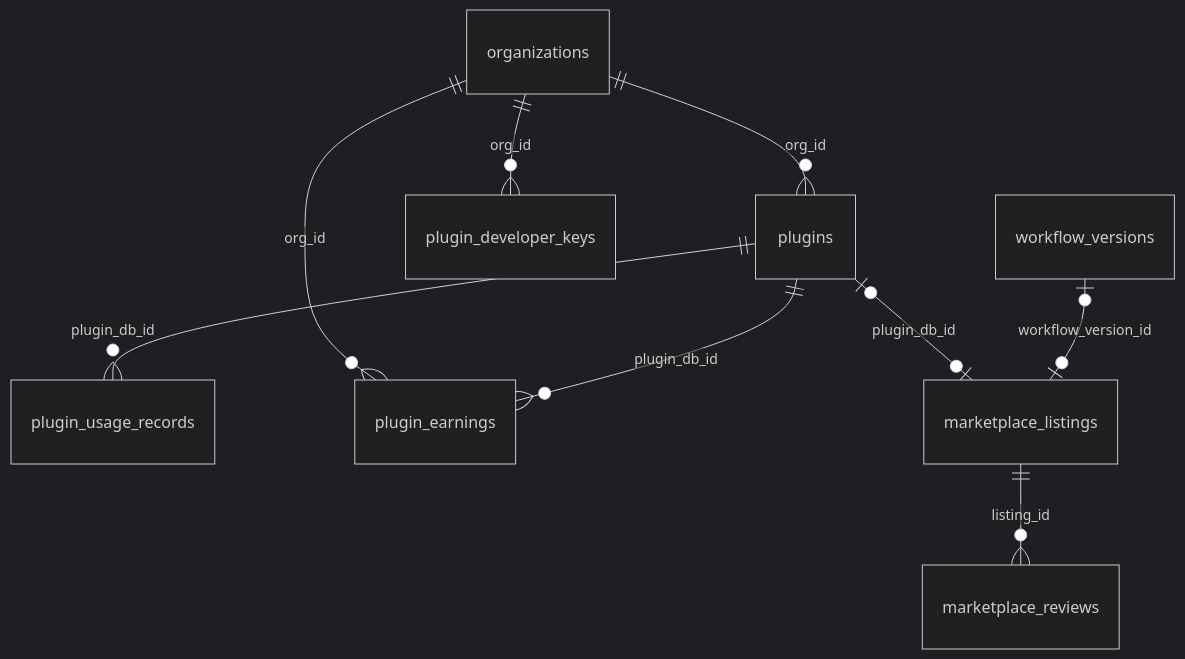
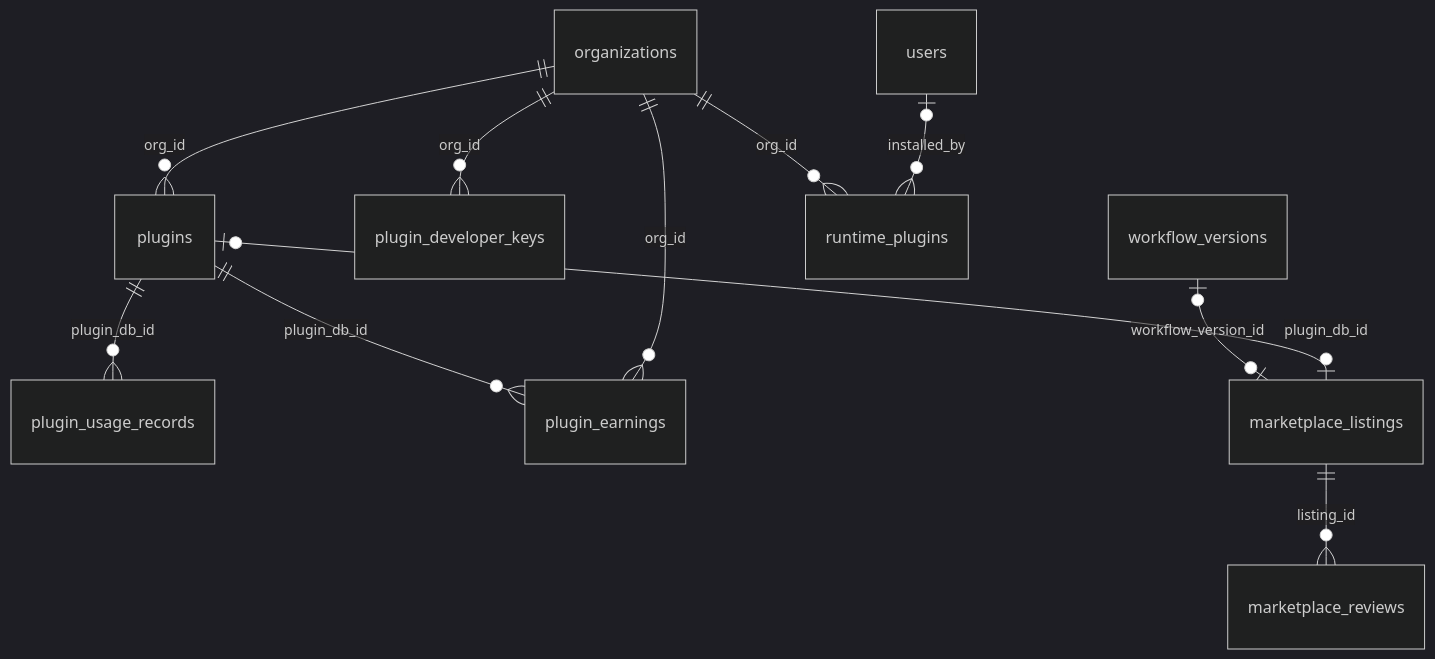
The seventh of 8 diagrams in agentloom-docs/dev/server/database.md (Lynricsy/AgentLoom), drawn with Mermaid (dark theme) before and after one commit. The commit also changed other lines of this file and 32 other files, not shown here.

````diff
--- a/agentloom-docs/dev/server/database.md
+++ b/agentloom-docs/dev/server/database.md
@@ -154,11 +154,13 @@
 ```mermaid
 erDiagram
     organizations ||--o{ plugins : "org_id"
     organizations ||--o{ plugin_developer_keys : "org_id"
     plugins ||--o{ plugin_usage_records : "plugin_db_id"
     plugins ||--o{ plugin_earnings : "plugin_db_id"
     organizations ||--o{ plugin_earnings : "org_id"
     workflow_versions |o--o| marketplace_listings : "workflow_version_id"
     plugins |o--o| marketplace_listings : "plugin_db_id"
     marketplace_listings ||--o{ marketplace_reviews : "listing_id"
+    organizations ||--o{ runtime_plugins : "org_id"
+    users |o--o{ runtime_plugins : "installed_by"
 ```
````
